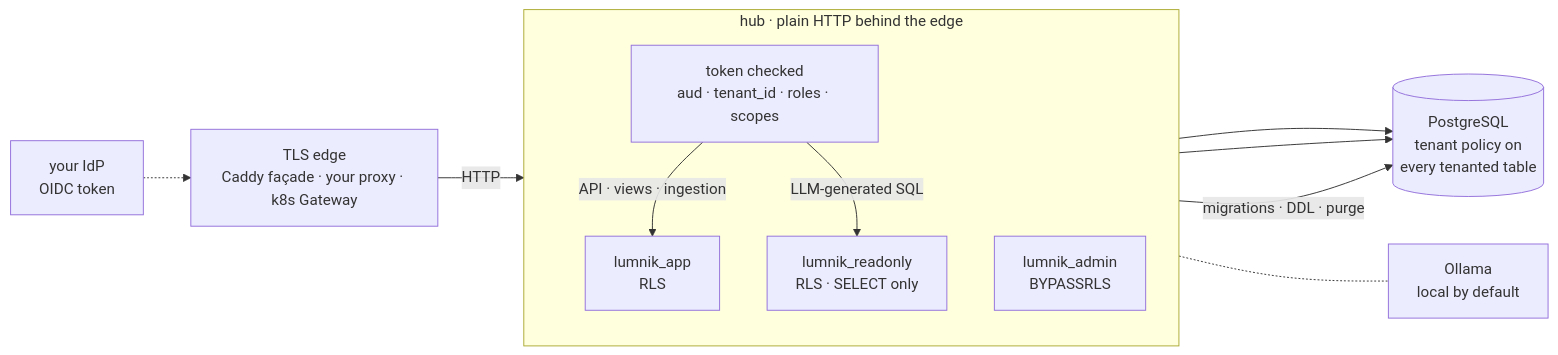
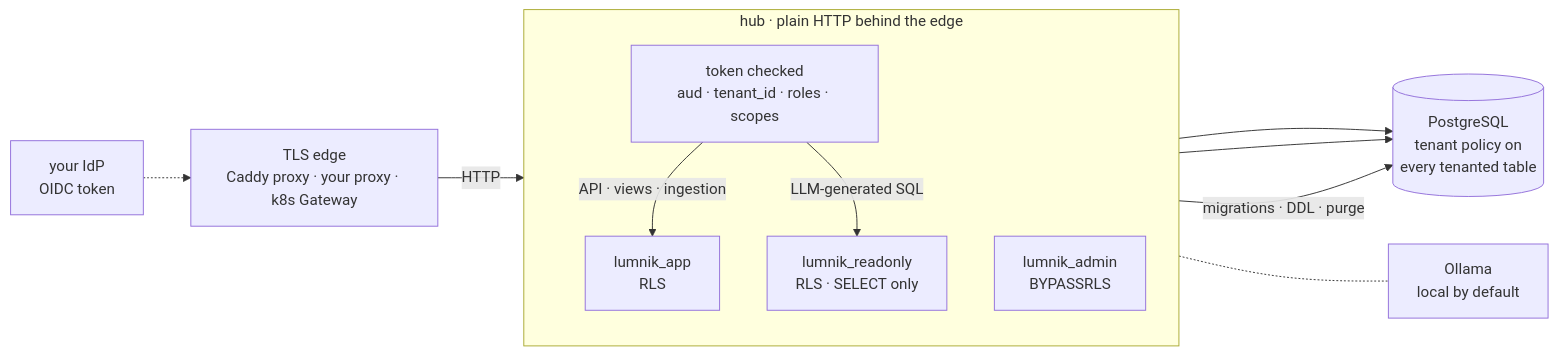
The diagram in docs/security/index.md (icreated/lumnik-open), drawn with Mermaid before and after one commit. The commit also changed other lines of this file and 634 other files, not shown here.

````diff
--- a/docs/security/index.md
+++ b/docs/security/index.md
@@ -32,18 +43,18 @@
 ```mermaid
 flowchart LR
-  idp["your IdP<br/>OIDC token"] -.-> edge["TLS edge<br/>Caddy façade · your proxy · k8s Gateway"]
+  idp["your IdP<br/>OIDC token"] -.-> edge["TLS edge<br/>Caddy proxy · your proxy · k8s Gateway"]
   edge -->|"HTTP"| jwt
   subgraph hub["hub · plain HTTP behind the edge"]
     direction TB
     jwt["token checked<br/>aud · tenant_id · roles · scopes"]
     app["lumnik_app<br/>RLS"]
     ro["lumnik_readonly<br/>RLS · SELECT only"]
     adm["lumnik_admin<br/>BYPASSRLS"]
     jwt -->|"API · views · ingestion"| app
     jwt -->|"LLM-generated SQL"| ro
   end
   app --> pg[("PostgreSQL<br/>tenant policy on<br/>every tenanted table")]
   ro --> pg
   adm -->|"migrations · DDL · purge"| pg
   hub -.- llm["Ollama<br/>local by default"]
 ```
````
